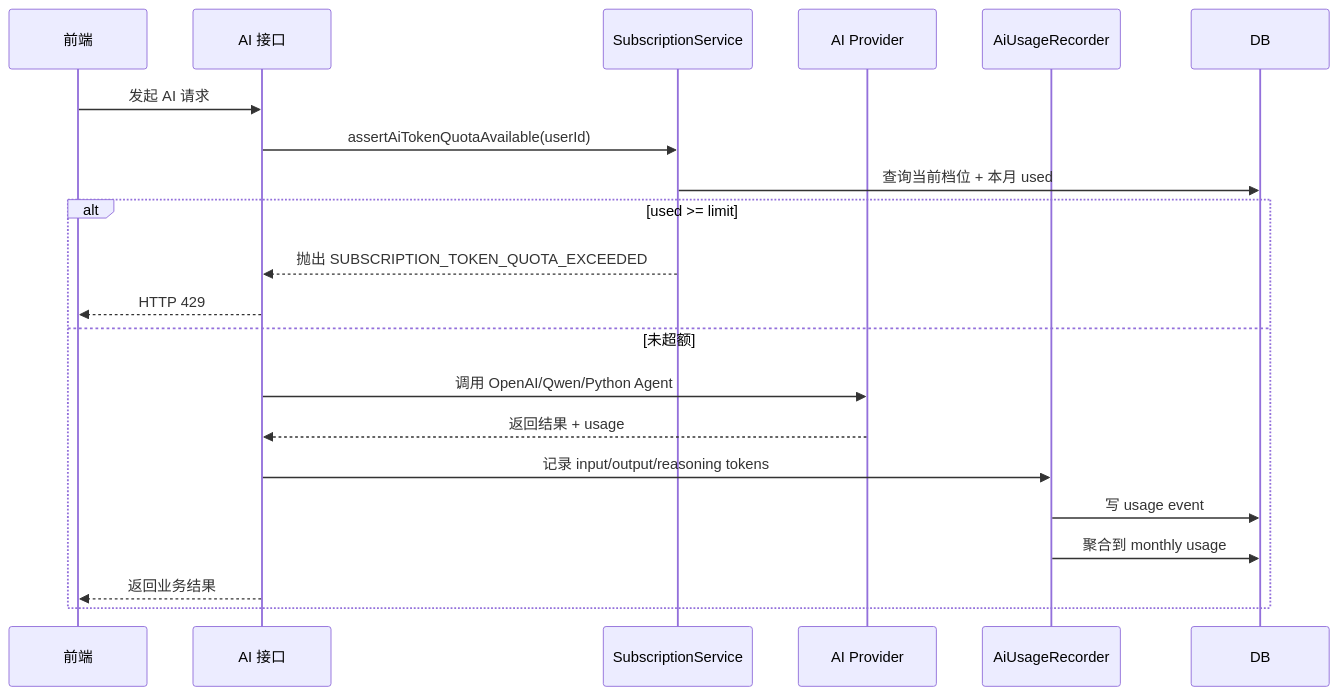
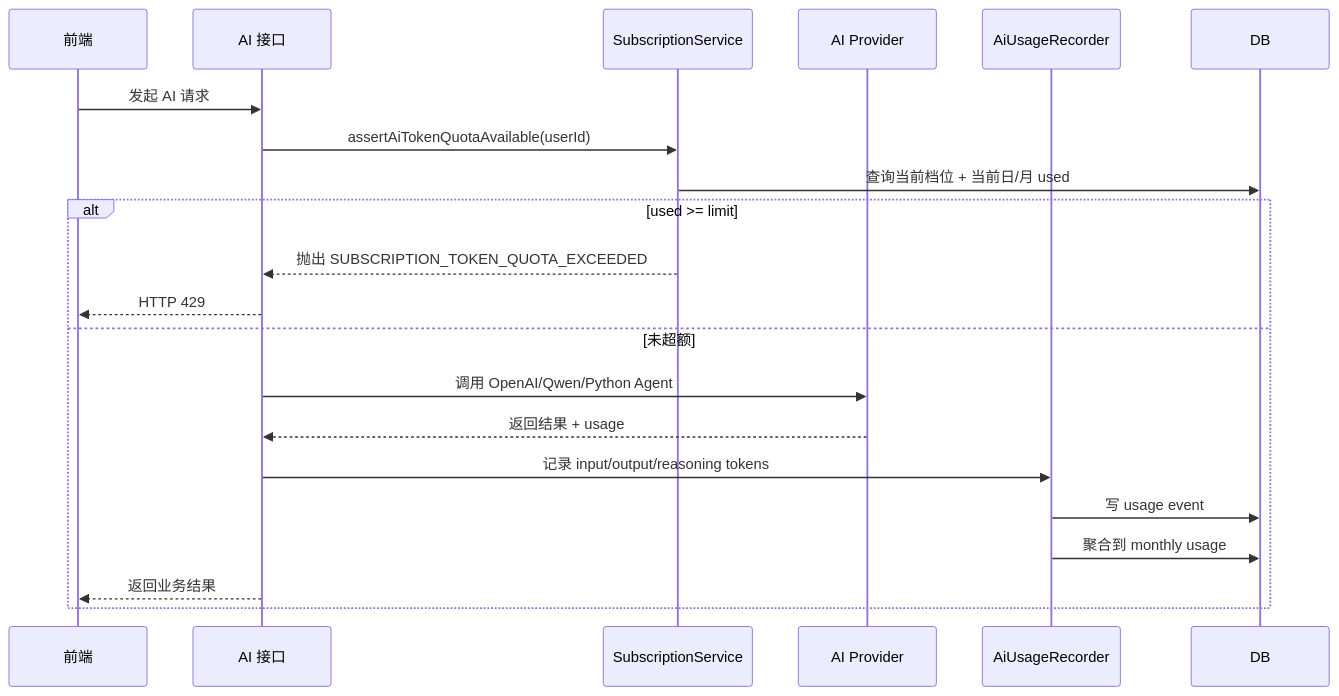
Before and after one commit to LiMing0016/personalenglishai: the third of 9 diagrams in docs/product/subscription/subscription-token-quota.md, drawn with Mermaid. The commit also changed other lines of this file and 55 other files, not shown here.

````diff
--- a/docs/product/subscription/subscription-token-quota.md
+++ b/docs/product/subscription/subscription-token-quota.md
@@ -100,24 +125,24 @@
 ```mermaid
 sequenceDiagram
   participant FE as 前端
   participant API as AI 接口
   participant Sub as SubscriptionService
   participant AI as AI Provider
   participant Usage as AiUsageRecorder
   participant DB as DB
 
   FE->>API: 发起 AI 请求
   API->>Sub: assertAiTokenQuotaAvailable(userId)
-  Sub->>DB: 查询当前档位 + 本月 used
+  Sub->>DB: 查询当前档位 + 当前日/月 used
   alt used >= limit
     Sub-->>API: 抛出 SUBSCRIPTION_TOKEN_QUOTA_EXCEEDED
     API-->>FE: HTTP 429
   else 未超额
     API->>AI: 调用 OpenAI/Qwen/Python Agent
     AI-->>API: 返回结果 + usage
     API->>Usage: 记录 input/output/reasoning tokens
     Usage->>DB: 写 usage event
     Usage->>DB: 聚合到 monthly usage
     API-->>FE: 返回业务结果
   end
 ```
````
